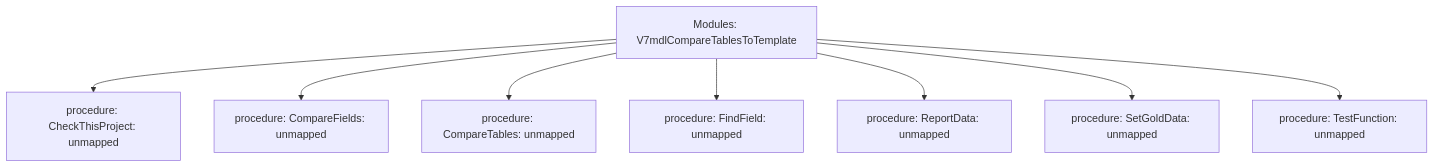
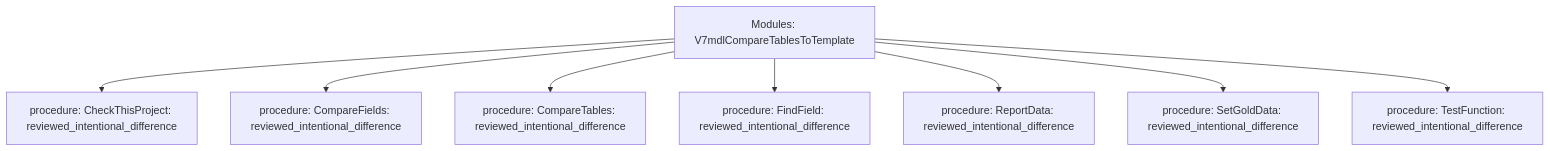
The diagram in data-raw/parity/generated/trees/modules-v7mdlcomparetablestotemplate.mmd (Boostao/vpro), drawn with Mermaid before and after one commit. The commit also changed 19 other files, not shown here.

Commit message:
Add project schema and vegetation validation

```diff
--- a/data-raw/parity/generated/trees/modules-v7mdlcomparetablestotemplate.mmd
+++ b/data-raw/parity/generated/trees/modules-v7mdlcomparetablestotemplate.mmd
@@ -1,9 +1,9 @@
 flowchart TD
   root[Modules: V7mdlCompareTablesToTemplate]
-  root --> n1[procedure: CheckThisProject: unmapped]
-  root --> n2[procedure: CompareFields: unmapped]
-  root --> n3[procedure: CompareTables: unmapped]
-  root --> n4[procedure: FindField: unmapped]
-  root --> n5[procedure: ReportData: unmapped]
-  root --> n6[procedure: SetGoldData: unmapped]
-  root --> n7[procedure: TestFunction: unmapped]
+  root --> n1[procedure: CheckThisProject: reviewed_intentional_difference]
+  root --> n2[procedure: CompareFields: reviewed_intentional_difference]
+  root --> n3[procedure: CompareTables: reviewed_intentional_difference]
+  root --> n4[procedure: FindField: reviewed_intentional_difference]
+  root --> n5[procedure: ReportData: reviewed_intentional_difference]
+  root --> n6[procedure: SetGoldData: reviewed_intentional_difference]
+  root --> n7[procedure: TestFunction: reviewed_intentional_difference]
```
